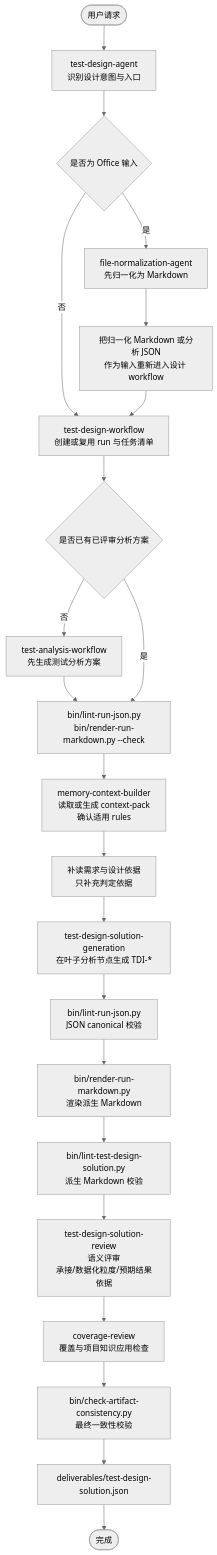
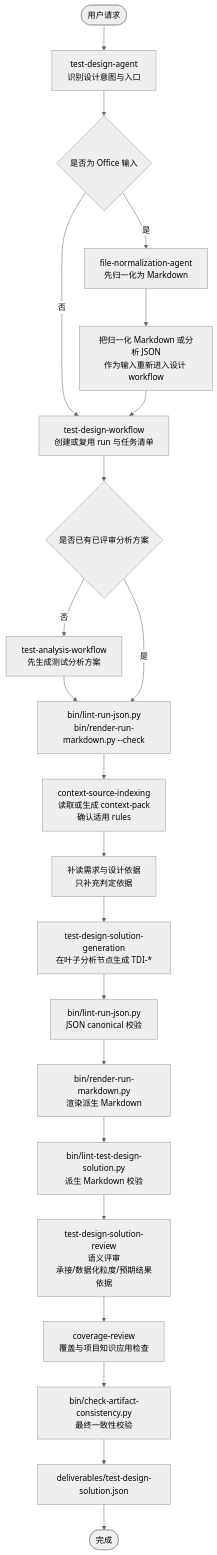
One commit to szluoqy-byte/Test-Analysis-Agent-MM changed the diagram in docs/test-design-agent-design.md. Above: the diagram before and after it, drawn with Mermaid (neutral theme). The commit also changed other lines of this file and 75 other files, not shown here.

Commit message:
Add deterministic context source indexing

````diff
--- a/docs/test-design-agent-design.md
+++ b/docs/test-design-agent-design.md
@@ -73,25 +73,25 @@
 ```mermaid
 flowchart TD
   start(["用户请求"])
   start --> agent["test-design-agent<br/>识别设计意图与入口"]
   agent --> office{"是否为 Office 输入"}
   office -- 是 --> fileAgent["file-normalization-agent<br/>先归一化为 Markdown"]
   fileAgent --> restart["把归一化 Markdown 或分析 JSON<br/>作为输入重新进入设计 workflow"]
   office -- 否 --> main["test-design-workflow<br/>创建或复用 run 与任务清单"]
   restart --> main
   main --> hasAnalysis{"是否已有已评审分析方案"}
   hasAnalysis -- 否 --> analysis["test-analysis-workflow<br/>先生成测试分析方案"]
   analysis --> analysisCheck["bin/lint-run-json.py<br/>bin/render-run-markdown.py --check"]
   hasAnalysis -- 是 --> analysisCheck
-  analysisCheck --> ctx["memory-context-builder<br/>读取或生成 context-pack<br/>确认适用 rules"]
+  analysisCheck --> ctx["context-source-indexing<br/>读取或生成 context-pack<br/>确认适用 rules"]
   ctx --> basis["补读需求与设计依据<br/>只补充判定依据"]
   basis --> generation["test-design-solution-generation<br/>在叶子分析节点生成 TDI-*"]
   generation --> jsonLint["bin/lint-run-json.py<br/>JSON canonical 校验"]
   jsonLint --> render["bin/render-run-markdown.py<br/>渲染派生 Markdown"]
   render --> lint["bin/lint-test-design-solution.py<br/>派生 Markdown 校验"]
   lint --> review["test-design-solution-review<br/>语义评审<br/>承接/数据化粒度/预期结果依据"]
   review --> coverage["coverage-review<br/>覆盖与项目知识应用检查"]
   coverage --> consistency["bin/check-artifact-consistency.py<br/>最终一致性校验"]
   consistency --> output["deliverables/test-design-solution.json"]
   output --> finish(["完成"])
 ```
````
